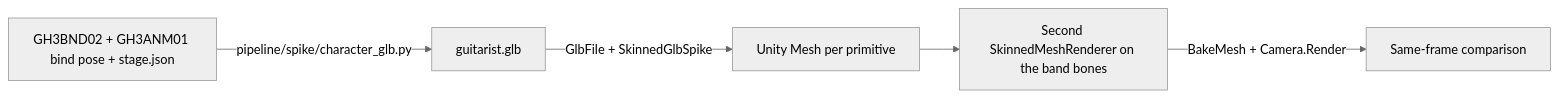
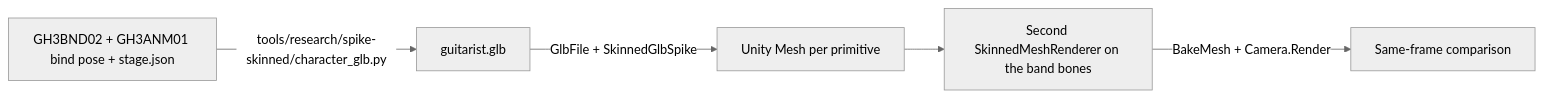
The diagram in docs/spike/skinned.md (heditwo/gh3-clonehero-skin), drawn with Mermaid (neutral theme) before and after one commit. The commit also changed other lines of this file and 15 other files, not shown here.

````diff
--- a/docs/spike/skinned.md
+++ b/docs/spike/skinned.md
@@ -13,7 +13,7 @@
 ```mermaid
 flowchart LR
-    A[GH3BND02 + GH3ANM01 bind pose + stage.json] -->|pipeline/spike/character_glb.py| B[guitarist.glb]
+    A[GH3BND02 + GH3ANM01 bind pose + stage.json] -->|tools/research/spike-skinned/character_glb.py| B[guitarist.glb]
     B -->|GlbFile + SkinnedGlbSpike| C[Unity Mesh per primitive]
     C --> D[Second SkinnedMeshRenderer on the band bones]
     D -->|BakeMesh + Camera.Render| E[Same-frame comparison]
 ```
````
